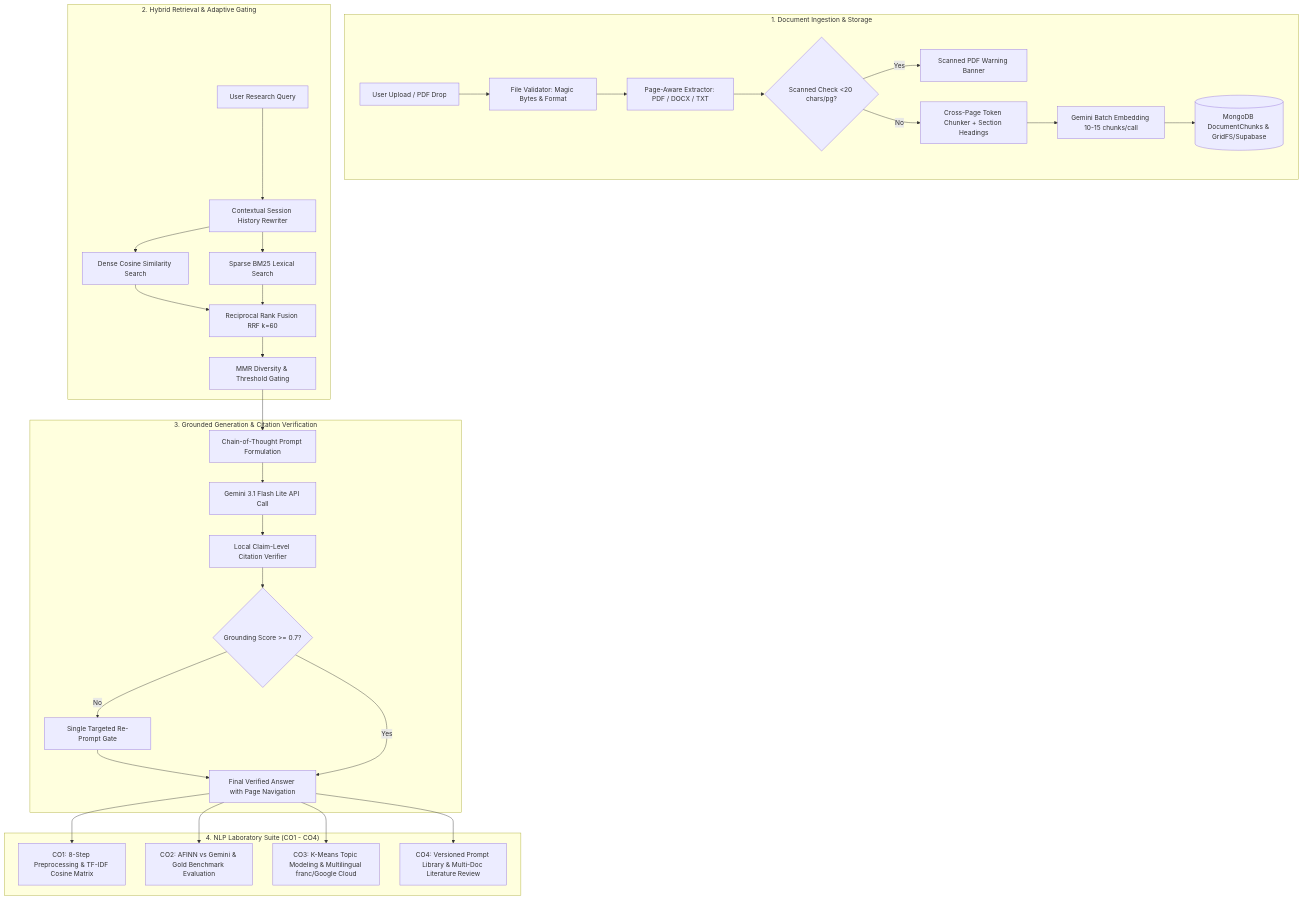
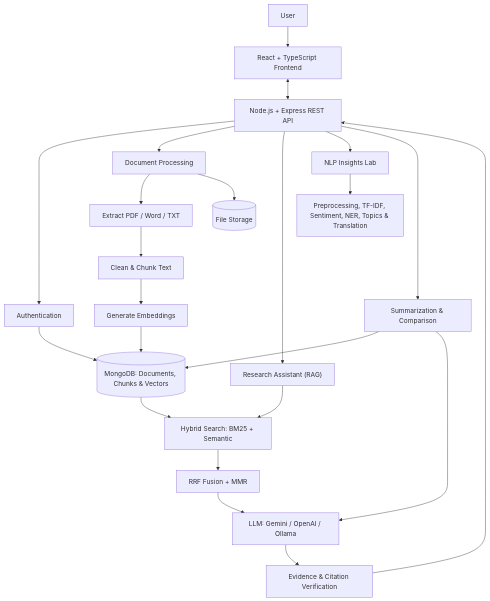
The diagram in README.md (Dhanashri1010/Multi-Document-Research-Assistant), drawn with Mermaid before and after one commit. The commit also changed other lines of this file, not shown here.

````diff
--- a/README.md
+++ b/README.md
@@ -29,37 +43,29 @@
 ```mermaid
-flowchart TD
-    subgraph Ingestion ["1. Document Ingestion & Storage"]
-        A[User Upload / PDF Drop] --> B[File Validator: Magic Bytes & Format]
-        B --> C[Page-Aware Extractor: PDF / DOCX / TXT]
-        C --> D{Scanned Check <20 chars/pg?}
-        D -- Yes --> D1[Scanned PDF Warning Banner]
-        D -- No --> E[Cross-Page Token Chunker + Section Headings]
-        E --> F[Gemini Batch Embedding 10-15 chunks/call]
-        F --> G[(MongoDB DocumentChunks & GridFS/Supabase)]
-    end
+flowchart TB
+    A["User"] --> B["React + TypeScript Frontend"]
+    B <--> C["Node.js + Express REST API"]
 
-    subgraph HybridRetrieval ["2. Hybrid Retrieval & Adaptive Gating"]
-        H[User Research Query] --> I[Contextual Session History Rewriter]
-        I --> J[Dense Cosine Similarity Search]
-        I --> K[Sparse BM25 Lexical Search]
-        J & K --> L[Reciprocal Rank Fusion RRF k=60]
-        L --> M[MMR Diversity & Threshold Gating]
-    end
+    C --> D["Authentication"]
+    C --> E["Document Processing"]
+    C --> F["Research Assistant (RAG)"]
+    C --> G["NLP Insights Lab"]
+    C --> H["Summarization & Comparison"]
 
-    subgraph GroundedGen ["3. Grounded Generation & Citation Verification"]
-        M --> N[Chain-of-Thought Prompt Formulation]
-        N --> O[Gemini 3.1 Flash Lite API Call]
-        O --> P[Local Claim-Level Citation Verifier]
-        P --> Q{Grounding Score >= 0.7?}
-        Q -- No --> R[Single Targeted Re-Prompt Gate]
-        R --> S[Final Verified Answer with Page Navigation]
-        Q -- Yes --> S
-    end
+    E --> I["Extract PDF / Word / TXT"]
+    I --> J["Clean & Chunk Text"]
+    J --> K["Generate Embeddings"]
+    K --> L[("MongoDB: Documents, Chunks & Vectors")]
+    E --> M[("File Storage")]
 
-    subgraph NlpLab ["4. NLP Laboratory Suite (CO1 - CO4)"]
-        S --> T1[CO1: 8-Step Preprocessing & TF-IDF Cosine Matrix]
-        S --> T2[CO2: AFINN vs Gemini & Gold Benchmark Evaluation]
-        S --> T3[CO3: K-Means Topic Modeling & Multilingual franc/Google Cloud]
-        S --> T4[CO4: Versioned Prompt Library & Multi-Doc Literature Review]
-    end
+    L --> N["Hybrid Search: BM25 + Semantic"]
+    F --> N
+    N --> O["RRF Fusion + MMR"]
+    O --> P["LLM: Gemini / OpenAI / Ollama"]
+    P --> Q["Evidence & Citation Verification"]
+
+    H --> L
+    H --> P
+    G --> R["Preprocessing, TF-IDF, Sentiment, NER, Topics & Translation"]
+    D --> L
+    Q --> C
 ```
````
